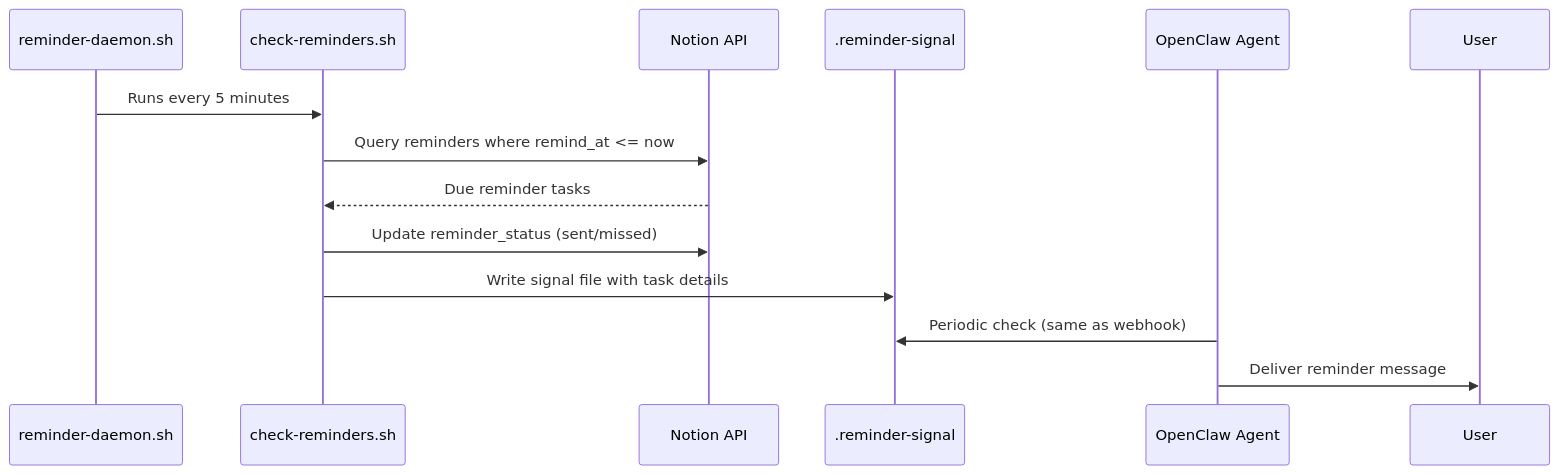
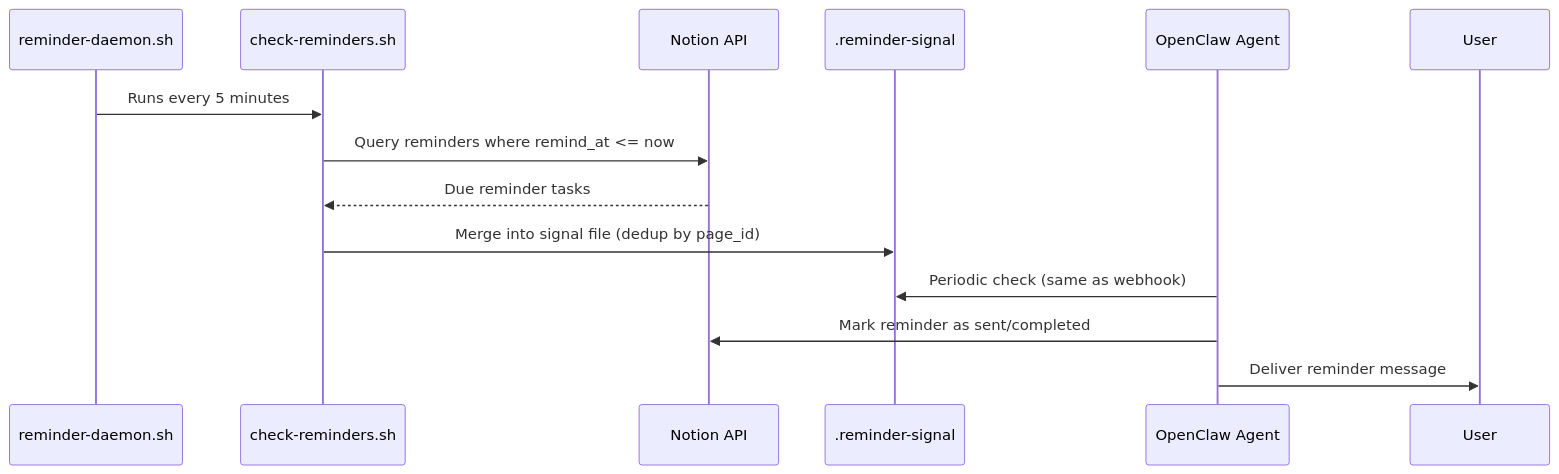
The fifth of 6 diagrams in docs/architecture.md (NickBorgersProbably/hide-my-list), drawn with Mermaid before and after one commit. The commit also changed other lines of this file and 1 other file, not shown here.

````diff
--- a/docs/architecture.md
+++ b/docs/architecture.md
@@ -197,17 +197,17 @@
 ```mermaid
 sequenceDiagram
     participant Daemon as reminder-daemon.sh
     participant Script as check-reminders.sh
     participant Notion as Notion API
     participant Signal as .reminder-signal
     participant Agent as OpenClaw Agent
     participant User
 
     Daemon->>Script: Runs every 5 minutes
     Script->>Notion: Query reminders where remind_at <= now
     Notion-->>Script: Due reminder tasks
-    Script->>Notion: Update reminder_status (sent/missed)
-    Script->>Signal: Write signal file with task details
+    Script->>Signal: Merge into signal file (dedup by page_id)
     Agent->>Signal: Periodic check (same as webhook)
+    Agent->>Notion: Mark reminder as sent/completed
     Agent->>User: Deliver reminder message
 ```
````
